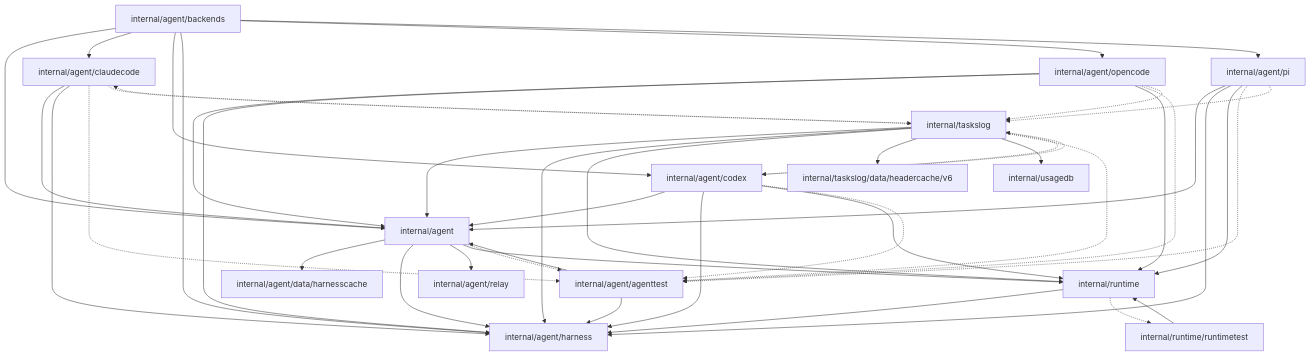
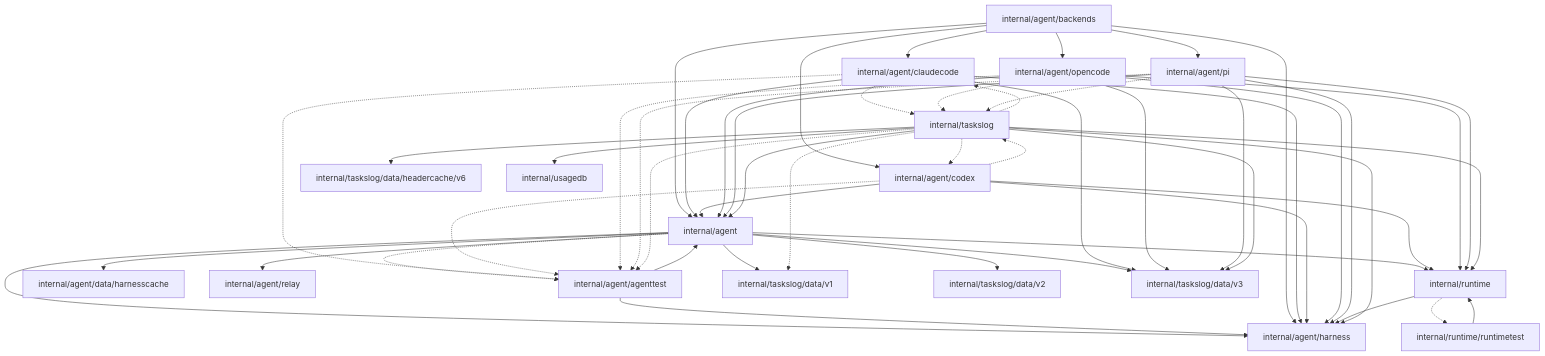
One commit to caic-xyz/caic changed the second of 3 diagrams in backend/docs/ARCHITECTURE.md. Above: the diagram before and after it, drawn with Mermaid. The commit also changed other lines of this file and 63 other files, not shown here.

````diff
--- a/backend/docs/ARCHITECTURE.md
+++ b/backend/docs/ARCHITECTURE.md
@@ -244,62 +264,73 @@
 ```mermaid
 graph TD
   pkg_internal_agent["internal/agent"]
   pkg_internal_agent_agenttest["internal/agent/agenttest"]
   pkg_internal_agent_backends["internal/agent/backends"]
   pkg_internal_agent_claudecode["internal/agent/claudecode"]
   pkg_internal_agent_codex["internal/agent/codex"]
   pkg_internal_agent_data_harnesscache["internal/agent/data/harnesscache"]
   pkg_internal_agent_harness["internal/agent/harness"]
   pkg_internal_agent_opencode["internal/agent/opencode"]
   pkg_internal_agent_pi["internal/agent/pi"]
   pkg_internal_agent_relay["internal/agent/relay"]
   pkg_internal_runtime["internal/runtime"]
   pkg_internal_runtime_runtimetest["internal/runtime/runtimetest"]
   pkg_internal_taskslog["internal/taskslog"]
   pkg_internal_taskslog_data_headercache_v6["internal/taskslog/data/headercache/v6"]
+  pkg_internal_taskslog_data_v1["internal/taskslog/data/v1"]
+  pkg_internal_taskslog_data_v2["internal/taskslog/data/v2"]
+  pkg_internal_taskslog_data_v3["internal/taskslog/data/v3"]
   pkg_internal_usagedb["internal/usagedb"]
 
   pkg_internal_agent --> pkg_internal_agent_data_harnesscache
   pkg_internal_agent --> pkg_internal_agent_harness
   pkg_internal_agent --> pkg_internal_agent_relay
   pkg_internal_agent --> pkg_internal_runtime
+  pkg_internal_agent --> pkg_internal_taskslog_data_v1
+  pkg_internal_agent --> pkg_internal_taskslog_data_v2
+  pkg_internal_agent --> pkg_internal_taskslog_data_v3
   pkg_internal_agent -.-> pkg_internal_agent_agenttest
   pkg_internal_agent_agenttest --> pkg_internal_agent
   pkg_internal_agent_agenttest --> pkg_internal_agent_harness
   pkg_internal_agent_backends --> pkg_internal_agent
   pkg_internal_agent_backends --> pkg_internal_agent_claudecode
   pkg_internal_agent_backends --> pkg_internal_agent_codex
   pkg_internal_agent_backends --> pkg_internal_agent_harness
   pkg_internal_agent_backends --> pkg_internal_agent_opencode
   pkg_internal_agent_backends --> pkg_internal_agent_pi
   pkg_internal_agent_claudecode --> pkg_internal_agent
   pkg_internal_agent_claudecode --> pkg_internal_agent_harness
+  pkg_internal_agent_claudecode --> pkg_internal_taskslog_data_v3
   pkg_internal_agent_claudecode -.-> pkg_internal_agent_agenttest
   pkg_internal_agent_claudecode -.-> pkg_internal_taskslog
   pkg_internal_agent_codex --> pkg_internal_agent
   pkg_internal_agent_codex --> pkg_internal_agent_harness
   pkg_internal_agent_codex --> pkg_internal_runtime
   pkg_internal_agent_codex -.-> pkg_internal_agent_agenttest
   pkg_internal_agent_codex -.-> pkg_internal_taskslog
   pkg_internal_agent_opencode --> pkg_internal_agent
   pkg_internal_agent_opencode --> pkg_internal_agent_harness
   pkg_internal_agent_opencode --> pkg_internal_runtime
+  pkg_internal_agent_opencode --> pkg_internal_taskslog_data_v3
   pkg_internal_agent_opencode -.-> pkg_internal_agent_agenttest
   pkg_internal_agent_opencode -.-> pkg_internal_taskslog
   pkg_internal_agent_pi --> pkg_internal_agent
   pkg_internal_agent_pi --> pkg_internal_agent_harness
   pkg_internal_agent_pi --> pkg_internal_runtime
+  pkg_internal_agent_pi --> pkg_internal_taskslog_data_v3
   pkg_internal_agent_pi -.-> pkg_internal_agent_agenttest
   pkg_internal_agent_pi -.-> pkg_internal_taskslog
   pkg_internal_runtime --> pkg_internal_agent_harness
   pkg_internal_runtime -.-> pkg_internal_runtime_runtimetest
   pkg_internal_runtime_runtimetest --> pkg_internal_runtime
   pkg_internal_taskslog --> pkg_internal_agent
   pkg_internal_taskslog --> pkg_internal_agent_harness
   pkg_internal_taskslog --> pkg_internal_runtime
   pkg_internal_taskslog --> pkg_internal_taskslog_data_headercache_v6
+  pkg_internal_taskslog --> pkg_internal_taskslog_data_v3
   pkg_internal_taskslog --> pkg_internal_usagedb
   pkg_internal_taskslog -.-> pkg_internal_agent_agenttest
   pkg_internal_taskslog -.-> pkg_internal_agent_claudecode
   pkg_internal_taskslog -.-> pkg_internal_agent_codex
+  pkg_internal_taskslog -.-> pkg_internal_taskslog_data_v1
 ```
````
